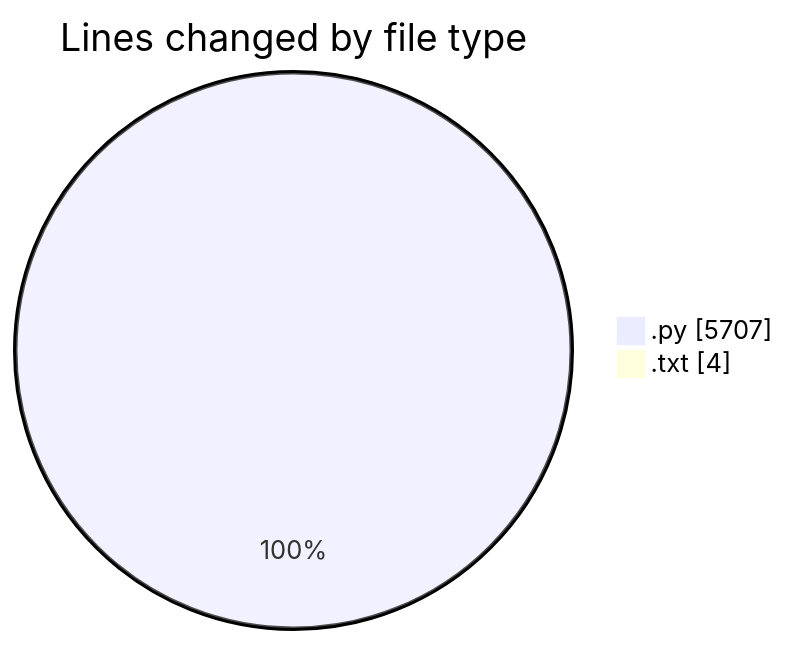
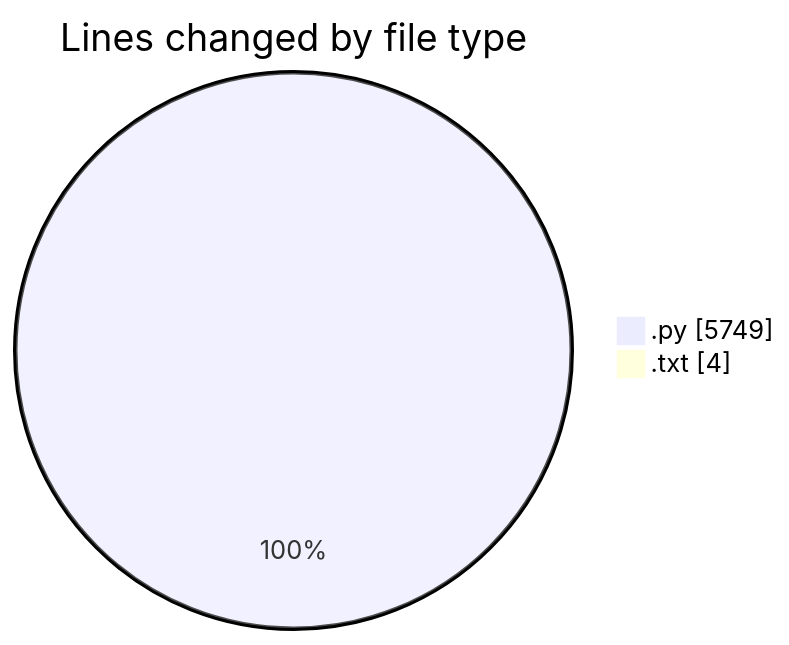
Before and after one commit to CELIANVF/code-tracking: the first of 2 diagrams in 2025-06-01/video_app/README.md, drawn with Mermaid. The commit also changed other lines of this file and 1 other file, not shown here.

````diff
--- a/2025-06-01/video_app/README.md
+++ b/2025-06-01/video_app/README.md
@@ -29,6 +29,6 @@
 ```mermaid
 pie showData
 title Lines changed by file type
-".py" : 5707
+".py" : 5749
 ".txt" : 4
 ```
````
